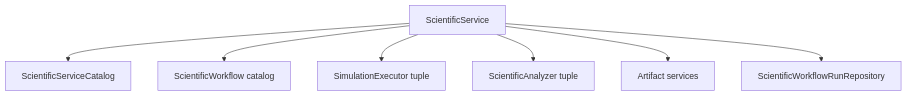
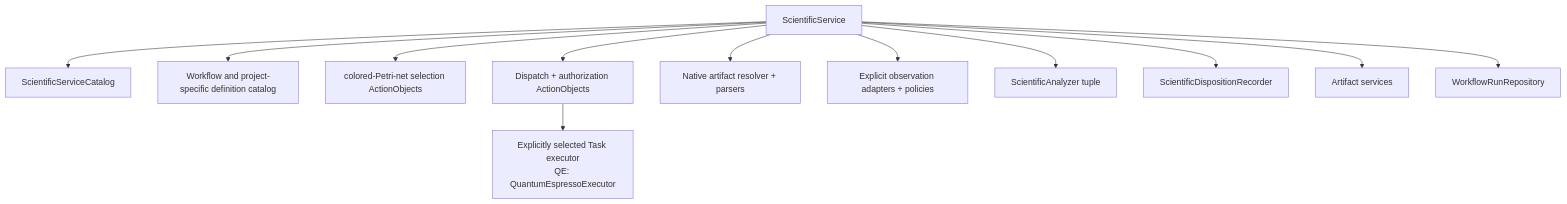
The diagram in docs/architecture/v2/workflow/service-model.md (eragasa/ksdft2effmass), drawn with Mermaid before and after one commit. The commit also changed other lines of this file and 80 other files, not shown here.

Commit message:
docs: reconcile architecture v2

````diff
--- a/docs/architecture/v2/workflow/service-model.md
+++ b/docs/architecture/v2/workflow/service-model.md
@@ -20,9 +20,14 @@
 ```mermaid
 flowchart TB
     service["ScientificService"] --> catalog["ScientificServiceCatalog"]
-    service --> definitions["ScientificWorkflow catalog"]
-    service --> executors["SimulationExecutor tuple"]
+    service --> definitions["Workflow and project-specific definition catalog"]
+    service --> selection["colored-Petri-net selection ActionObjects"]
+    service --> dispatch["Dispatch + authorization ActionObjects"]
+    dispatch --> executors["Explicitly selected Task executor<br/>QE: QuantumEspressoExecutor"]
+    service --> parsing["Native artifact resolver + parsers"]
+    service --> normalization["Explicit observation adapters + policies"]
     service --> analyzers["ScientificAnalyzer tuple"]
+    service --> dispositions["ScientificDispositionRecorder"]
     service --> artifacts["Artifact services"]
-    service --> repository["ScientificWorkflowRunRepository"]
+    service --> repository["WorkflowRunRepository"]
 ```
````
